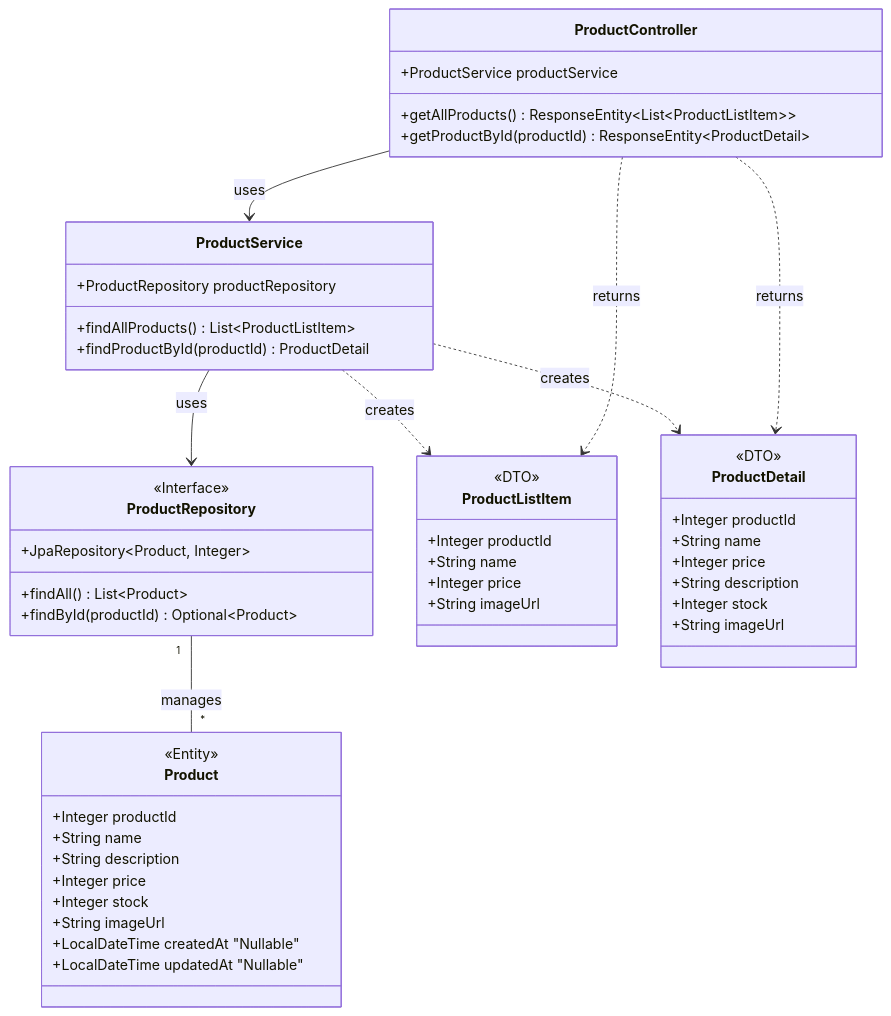
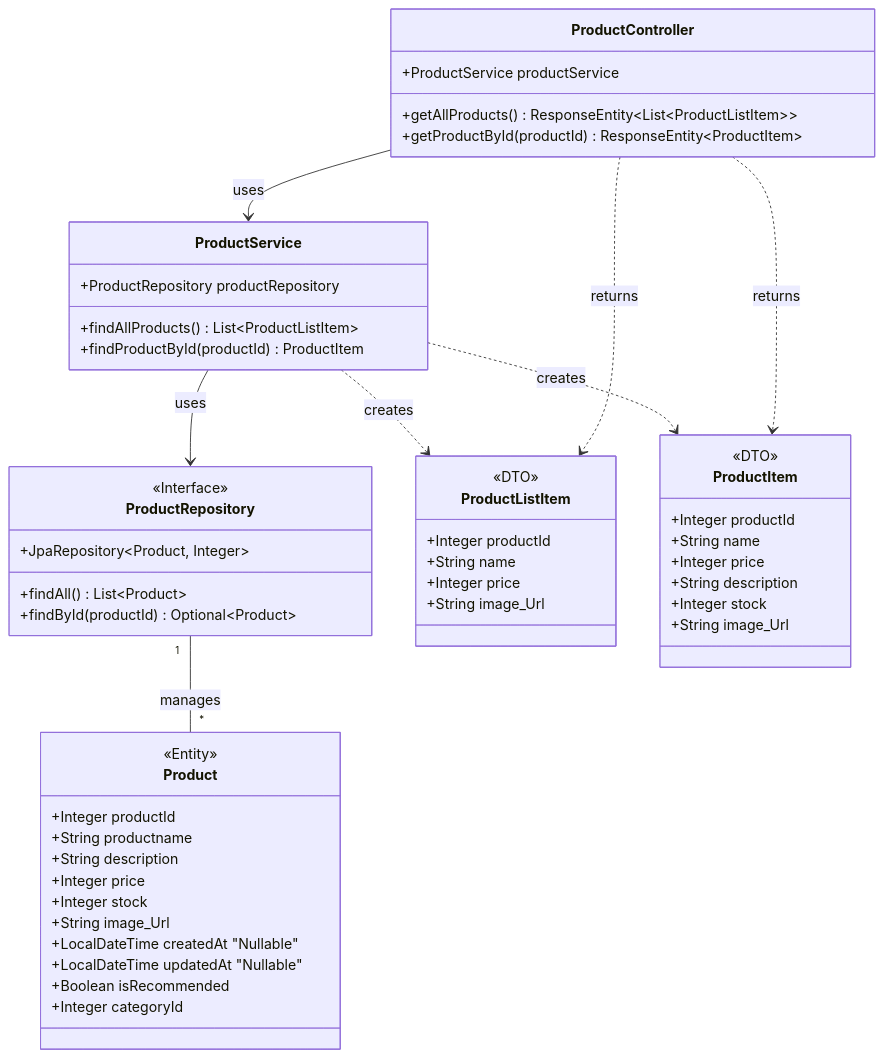
Before and after one commit to Rikumt12/Popcorn: the eighth of 13 diagrams in 詳細設計書/詳細設計書.md, drawn with Mermaid. The commit also changed other lines of this file and 1 other file, not shown here.

````diff
--- a/詳細設計書/詳細設計書.md
+++ b/詳細設計書/詳細設計書.md
@@ -358,54 +359,56 @@
 ```mermaid
 classDiagram
     class ProductController {
         +ProductService productService
         +getAllProducts() ResponseEntity~List~ProductListItem~~
-        +getProductById(productId) ResponseEntity~ProductDetail~
+        +getProductById(productId) ResponseEntity~ProductItem~
     }
     class ProductService {
         +ProductRepository productRepository
         +findAllProducts() List~ProductListItem~
-        +findProductById(productId) ProductDetail
+        +findProductById(productId) ProductItem
     }
     class ProductRepository {
         <<Interface>>
         +JpaRepository~Product, Integer~
         +findAll() List~Product~
         +findById(productId) Optional~Product~
     }
     class Product {
         <<Entity>>
         +Integer productId
-        +String name
+        +String productname
         +String description
         +Integer price
         +Integer stock
-        +String imageUrl
+        +String image_Url
         +LocalDateTime createdAt "Nullable"
         +LocalDateTime updatedAt "Nullable"
+        +Boolean isRecommended
+        +Integer categoryId
     }
     class ProductListItem {
         <<DTO>>
         +Integer productId
         +String name
         +Integer price
-        +String imageUrl
+        +String image_Url
     }
-    class ProductDetail {
+    class ProductItem {
         <<DTO>>
         +Integer productId
         +String name
         +Integer price
         +String description
         +Integer stock
-        +String imageUrl
+        +String image_Url
     }
 
     ProductController --> ProductService : uses
     ProductService --> ProductRepository : uses
     ProductRepository "1" -- "*" Product : manages
     ProductService ..> ProductListItem : creates
-    ProductService ..> ProductDetail : creates
+    ProductService ..> ProductItem : creates
     ProductController ..> ProductListItem : returns
-    ProductController ..> ProductDetail : returns
+    ProductController ..> ProductItem : returns
 ```
````
